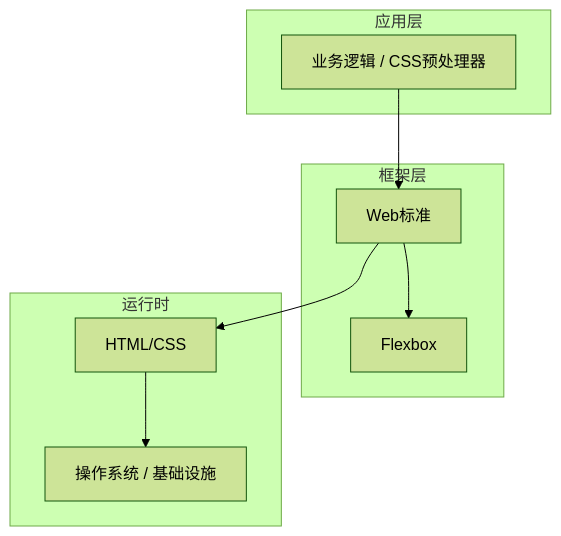
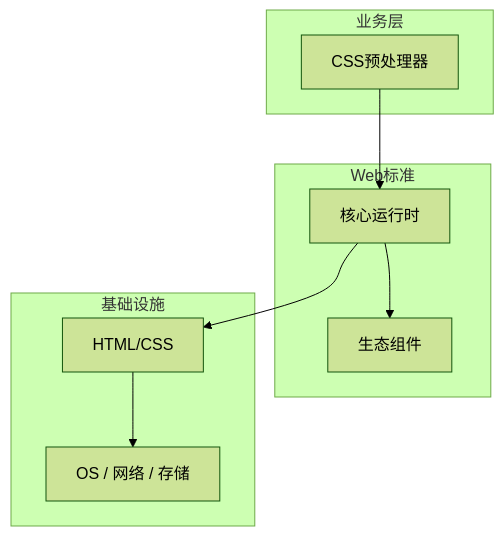
Before and after one commit to yanggan2015/knowledge-json-v2: the diagram in articles/HTML与CSS/chapters/100-CSS预处理器核心概念与原理.md, drawn with Mermaid (forest theme). The commit also changed other lines of this file and 10127 other files, not shown here.

````diff
--- a/articles/HTML与CSS/chapters/100-CSS预处理器核心概念与原理.md
+++ b/articles/HTML与CSS/chapters/100-CSS预处理器核心概念与原理.md
@@ -45,18 +34,18 @@
 ```mermaid
 graph TB
-    subgraph 应用层
-        A[业务逻辑 / CSS预处理器]
+    subgraph 业务层
+        A[CSS预处理器]
     end
-    subgraph 框架层
-        B[Web标准]
-        C[Flexbox]
+    subgraph Web标准
+        B[核心运行时]
+        C[生态组件]
     end
-    subgraph 运行时
+    subgraph 基础设施
         D[HTML/CSS]
-        E[操作系统 / 基础设施]
+        E[OS / 网络 / 存储]
     end
     A --> B
     B --> C
     B --> D
     D --> E
 ```
````
